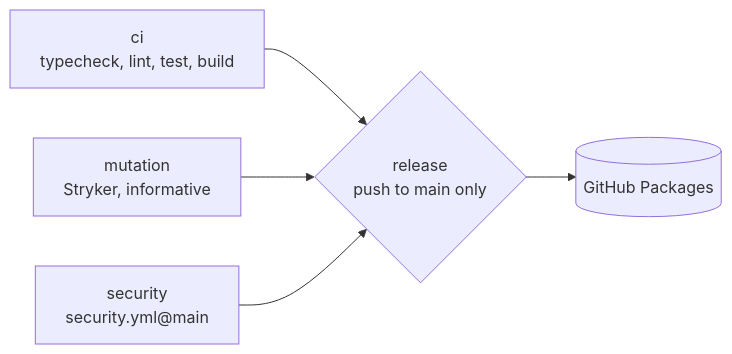
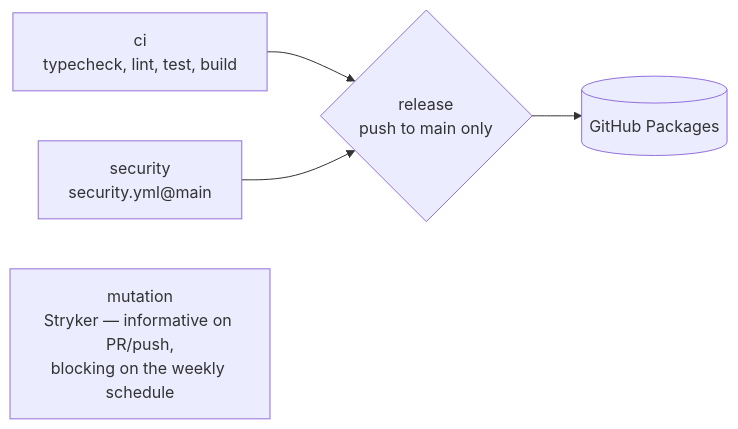
The diagram in docs/public/lib-release.md (skylabs-digital/.github), drawn with Mermaid before and after one commit. The commit also changed other lines of this file and 2 other files, not shown here.

First line of the commit message:
ci(lib-release): enforce the mutation break threshold on the weekly full run

````diff
--- a/docs/public/lib-release.md
+++ b/docs/public/lib-release.md
@@ -12,7 +13,7 @@
 ```mermaid
 flowchart LR
     CI["ci<br/>typecheck, lint, test, build"] --> R{"release<br/>push to main only"}
-    MU["mutation<br/>Stryker, informative"] --> R
     SEC["security<br/>security.yml@main"] --> R
     R --> P[("GitHub Packages")]
+    MU["mutation<br/>Stryker — informative on PR/push,<br/>blocking on the weekly schedule"]
 ```
````
